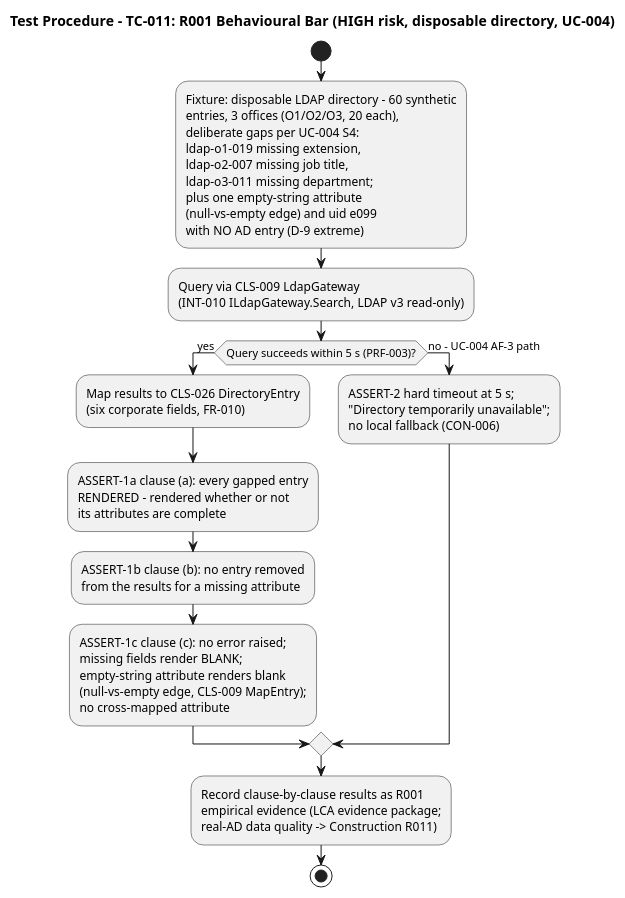
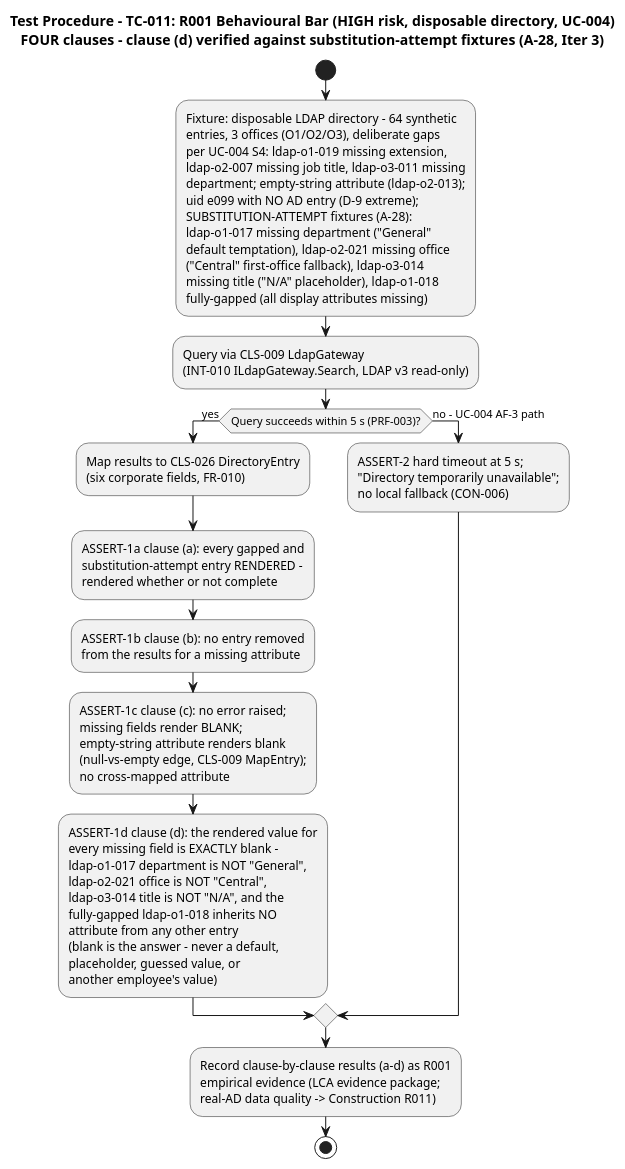
One commit to banense-test/employee-portal changed the sixth of 7 diagrams in docs/artifacts/test/test-case.md. Above: the diagram before and after it, drawn with PlantUML. The commit also changed other lines of this file, not shown here.

First line of the commit message:
Test Designer [E3]: upsert Test Case

````diff
--- a/docs/artifacts/test/test-case.md
+++ b/docs/artifacts/test/test-case.md
@@ -501,19 +501,20 @@
 ```plantuml
 @startuml
-title Test Procedure - TC-011: R001 Behavioural Bar (HIGH risk, disposable directory, UC-004)
+title Test Procedure - TC-011: R001 Behavioural Bar (HIGH risk, disposable directory, UC-004)\nFOUR clauses - clause (d) verified against substitution-attempt fixtures (A-28, Iter 3)
 
 start
-:Fixture: disposable LDAP directory - 60 synthetic\nentries, 3 offices (O1/O2/O3, 20 each),\ndeliberate gaps per UC-004 S4:\nldap-o1-019 missing extension,\nldap-o2-007 missing job title,\nldap-o3-011 missing department;\nplus one empty-string attribute\n(null-vs-empty edge) and uid e099\nwith NO AD entry (D-9 extreme);
+:Fixture: disposable LDAP directory - 64 synthetic\nentries, 3 offices (O1/O2/O3), deliberate gaps\nper UC-004 S4: ldap-o1-019 missing extension,\nldap-o2-007 missing job title, ldap-o3-011 missing\ndepartment; empty-string attribute (ldap-o2-013);\nuid e099 with NO AD entry (D-9 extreme);\nSUBSTITUTION-ATTEMPT fixtures (A-28):\nldap-o1-017 missing department ("General"\ndefault temptation), ldap-o2-021 missing office\n("Central" first-office fallback), ldap-o3-014\nmissing title ("N/A" placeholder), ldap-o1-018\nfully-gapped (all display attributes missing);
 :Query via CLS-009 LdapGateway\n(INT-010 ILdapGateway.Search, LDAP v3 read-only);
 if (Query succeeds within 5 s (PRF-003)?) then (yes)
   :Map results to CLS-026 DirectoryEntry\n(six corporate fields, FR-010);
-  :ASSERT-1a clause (a): every gapped entry\nRENDERED - rendered whether or not\nits attributes are complete;
+  :ASSERT-1a clause (a): every gapped and\nsubstitution-attempt entry RENDERED -\nrendered whether or not complete;
   :ASSERT-1b clause (b): no entry removed\nfrom the results for a missing attribute;
   :ASSERT-1c clause (c): no error raised;\nmissing fields render BLANK;\nempty-string attribute renders blank\n(null-vs-empty edge, CLS-009 MapEntry);\nno cross-mapped attribute;
+  :ASSERT-1d clause (d): the rendered value for\nevery missing field is EXACTLY blank -\nldap-o1-017 department is NOT "General",\nldap-o2-021 office is NOT "Central",\nldap-o3-014 title is NOT "N/A", and the\nfully-gapped ldap-o1-018 inherits NO\nattribute from any other entry\n(blank is the answer - never a default,\nplaceholder, guessed value, or\nanother employee's value);
 else (no - UC-004 AF-3 path)
   :ASSERT-2 hard timeout at 5 s;\n"Directory temporarily unavailable";\nno local fallback (CON-006);
 endif
-:Record clause-by-clause results as R001\nempirical evidence (LCA evidence package;\nreal-AD data quality -> Construction R011);
+:Record clause-by-clause results (a-d) as R001\nempirical evidence (LCA evidence package;\nreal-AD data quality -> Construction R011);
 stop
 @enduml
 ```
````
